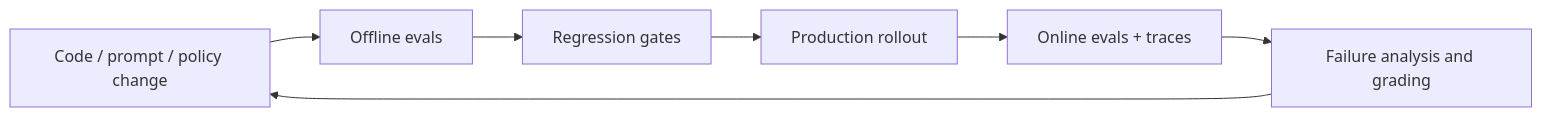
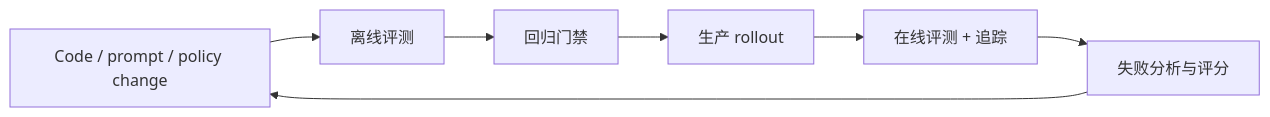
The diagram in docs/book/part-v/chapter-13.zh.md (agent-axiom/agent-arch), drawn with Mermaid before and after one commit. The commit also changed other lines of this file, not shown here.

````diff
--- a/docs/book/part-v/chapter-13.zh.md
+++ b/docs/book/part-v/chapter-13.zh.md
@@ -115,9 +115,9 @@
 ``` mermaid
 flowchart LR
-    A["Code / prompt / policy change"] --> B["Offline evals"]
-    B --> C["Regression gates"]
-    C --> D["Production rollout"]
-    D --> E["Online evals + traces"]
-    E --> F["Failure analysis and grading"]
+    A["Code / prompt / policy change"] --> B["离线评测"]
+    B --> C["回归门禁"]
+    C --> D["生产 rollout"]
+    D --> E["在线评测 + 追踪"]
+    E --> F["失败分析与评分"]
     F --> A
 ```
````
